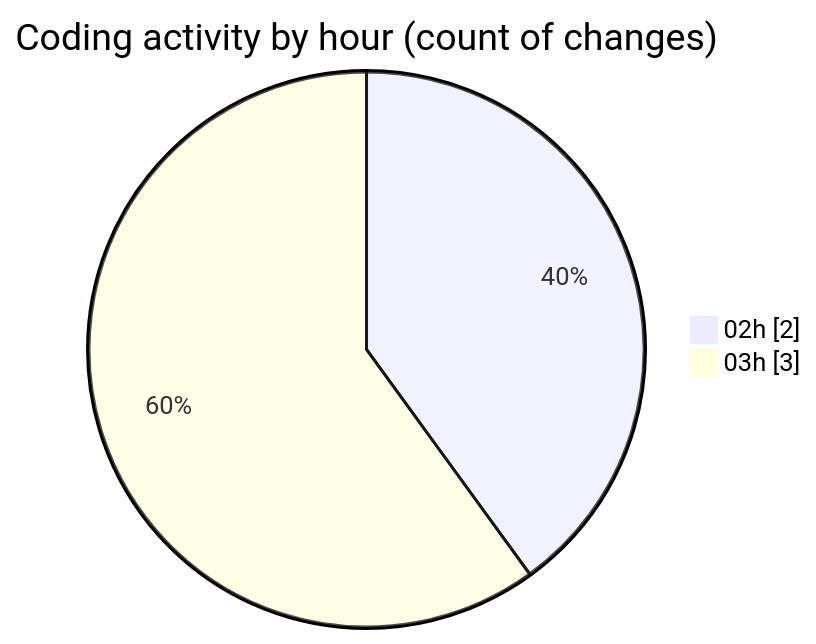
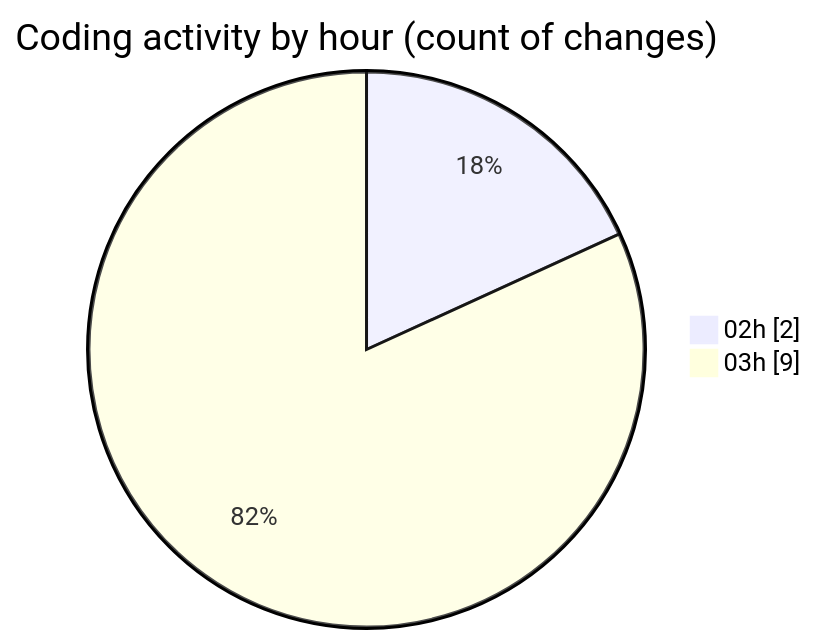
Before and after one commit to julien-gomy/code-tracking: the second of 2 diagrams in 2025-11-28/eventscop-frontend-guide__workspace_/README.md, drawn with Mermaid. The commit also changed other lines of this file and 1 other file, not shown here.

````diff
--- a/2025-11-28/eventscop-frontend-guide__workspace_/README.md
+++ b/2025-11-28/eventscop-frontend-guide__workspace_/README.md
@@ -29,6 +31,6 @@
 ```mermaid
 pie showData
 title Coding activity by hour (count of changes)
 "02h" : 2
-"03h" : 3
+"03h" : 9
 ```
````
